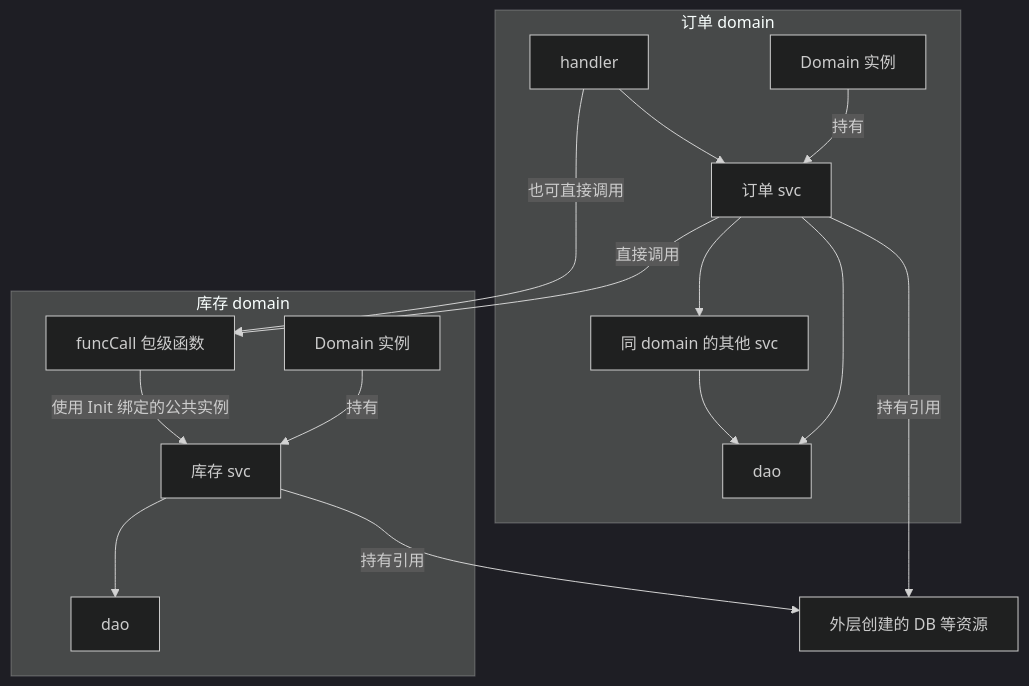
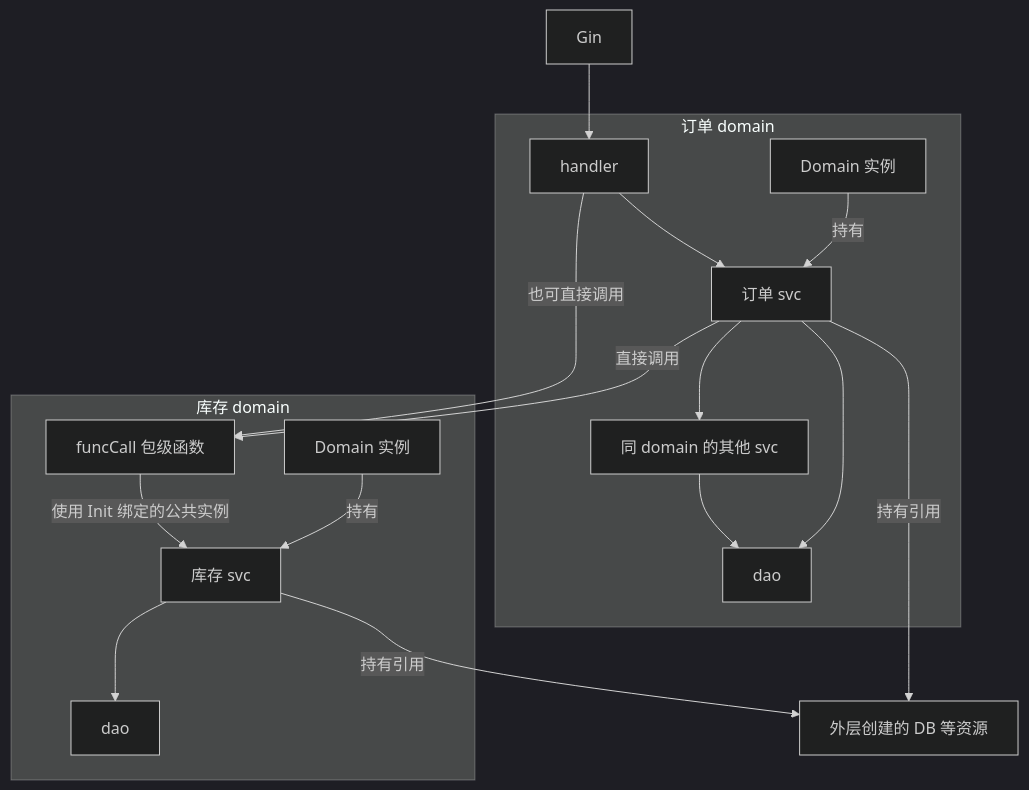
The third of 4 diagrams in DevSpec/go.md (KevinZonda/MyWindowsSetup), drawn with Mermaid (dark theme) before and after one commit. The commit also changed other lines of this file, not shown here.

Commit message:
docs: add InitAll and Gin handler dependencies

````diff
--- a/DevSpec/go.md
+++ b/DevSpec/go.md
@@ -180,19 +181,20 @@
 ```mermaid
 flowchart TB
     subgraph Order["订单 domain"]
         OrderDomain["Domain 实例"] -->|持有| OrderSvc["订单 svc"]
         OrderHandler["handler"] --> OrderSvc
         OrderSvc --> OrderDao["dao"]
         OrderSvc --> LocalSvc["同 domain 的其他 svc"]
         LocalSvc --> OrderDao
     end
     subgraph Inventory["库存 domain"]
         InventoryDomain["Domain 实例"] -->|持有| InventorySvc["库存 svc"]
         InventoryFuncCall["funcCall 包级函数"] -->|使用 Init 绑定的公共实例| InventorySvc
         InventorySvc --> InventoryDao["dao"]
     end
     OrderSvc -->|直接调用| InventoryFuncCall
     OrderHandler -->|也可直接调用| InventoryFuncCall
+    Gin["Gin"] --> OrderHandler
     OrderSvc -->|持有引用| DB["外层创建的 DB 等资源"]
     InventorySvc -->|持有引用| DB
 ```
````
